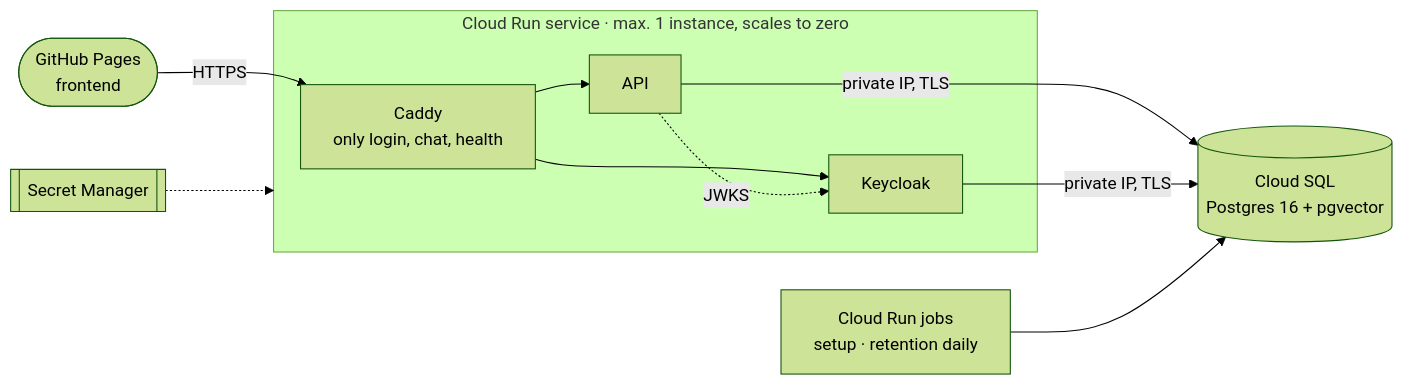
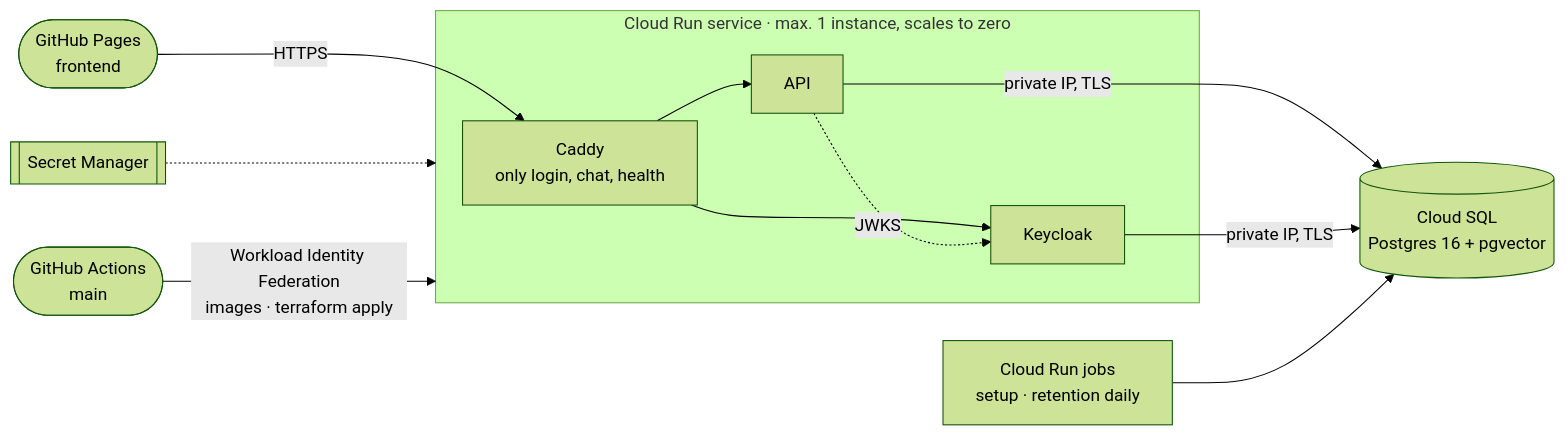
The diagram in infra/gcp/README.md (haoran-yang-henry/customer-chatbot), drawn with Mermaid (forest theme) before and after one commit. The commit also changed other lines of this file and 10 other files, not shown here.

First line of the commit message:
feat: continuous deployment from main to Cloud Run (Workload Identity Federation)

````diff
--- a/infra/gcp/README.md
+++ b/infra/gcp/README.md
@@ -6,14 +6,16 @@
 ```mermaid
 flowchart LR
     pages([GitHub Pages<br/>frontend]) -- "HTTPS" --> proxy
 
     subgraph run [Cloud Run service · max. 1 instance, scales to zero]
         proxy[Caddy<br/>only login, chat, health] --> app[API]
         proxy --> kc[Keycloak]
         app -. JWKS .-> kc
     end
 
     app & kc -- "private IP, TLS" --> sql[(Cloud SQL<br/>Postgres 16 + pgvector)]
     secrets[[Secret Manager]] -.-> run
     jobs[Cloud Run jobs<br/>setup · retention daily] --> sql
+
+    ci([GitHub Actions<br/>main]) -- "Workload Identity Federation<br/>images · terraform apply" --> run
 ```
````
